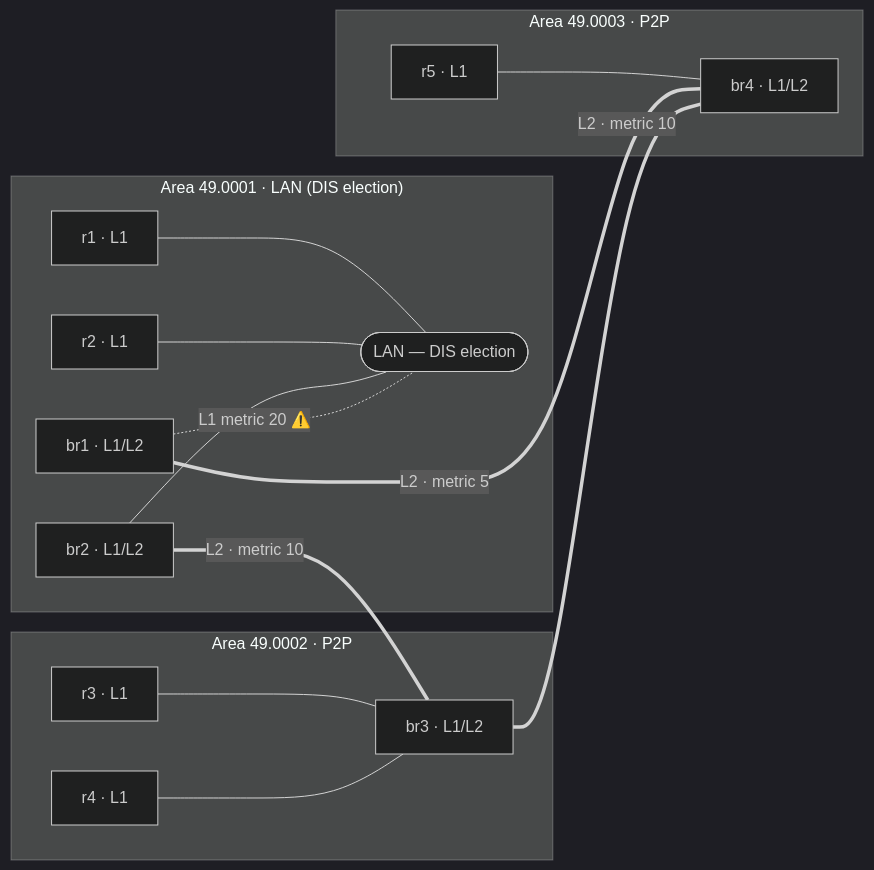
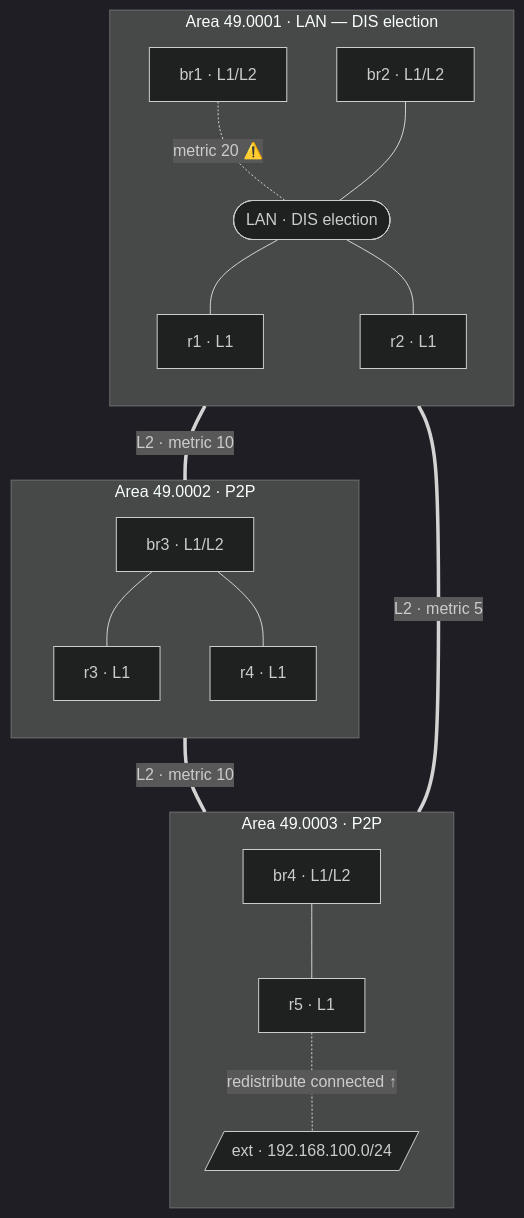
The diagram in README.md (severindellsperger/netlab-isis-lab), drawn with Mermaid (dark theme) before and after one commit. The commit also changed other lines of this file and 1 other file, not shown here.

Commit message:
feat: fix Mermaid diagram layout (TB, Area 1 on top) and add external route redistribution demo

````diff
--- a/README.md
+++ b/README.md
@@ -11,32 +11,37 @@
 ```mermaid
-graph LR
-    subgraph A1["Area 49.0001 · LAN (DIS election)"]
-        LAN1(["LAN — DIS election"])
+graph TB
+    subgraph A1["Area 49.0001 · LAN — DIS election"]
+        direction TB
+        br1["br1 · L1/L2"]
+        br2["br2 · L1/L2"]
+        LAN1(["LAN · DIS election"])
         r1["r1 · L1"]
         r2["r2 · L1"]
-        br1["br1 · L1/L2"]
-        br2["br2 · L1/L2"]
-        r1 --- LAN1
-        r2 --- LAN1
+        br1 -. "metric 20 ⚠️" .- LAN1
         br2 --- LAN1
-        br1 -. "L1 metric 20 ⚠️" .- LAN1
+        LAN1 --- r1
+        LAN1 --- r2
+    end
+
+    subgraph A2["Area 49.0002 · P2P"]
+        direction TB
+        br3["br3 · L1/L2"]
+        r3["r3 · L1"]
+        r4["r4 · L1"]
+        br3 --- r3
+        br3 --- r4
     end
 
     subgraph A3["Area 49.0003 · P2P"]
+        direction TB
+        br4["br4 · L1/L2"]
         r5["r5 · L1"]
-        br4["br4 · L1/L2"]
-        r5 --- br4
-    end
-
-    subgraph A2["Area 49.0002 · P2P"]
-        r3["r3 · L1"]
-        r4["r4 · L1"]
-        br3["br3 · L1/L2"]
-        r3 --- br3
-        r4 --- br3
+        ext[/"ext · 192.168.100.0/24"/]
+        br4 --- r5
+        r5 -. "redistribute connected ↑" .- ext
     end
 
     br1 == "L2 · metric 5" === br4
     br2 == "L2 · metric 10" === br3
     br3 == "L2 · metric 10" === br4
 ```
````
